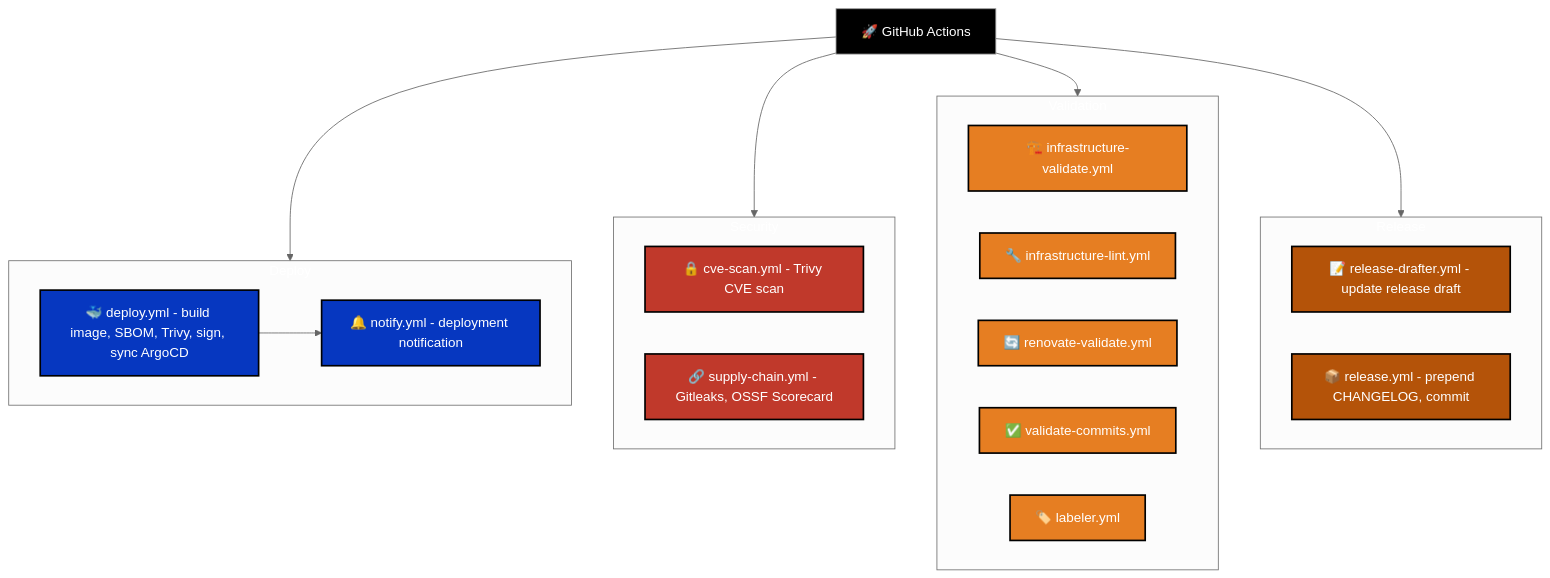
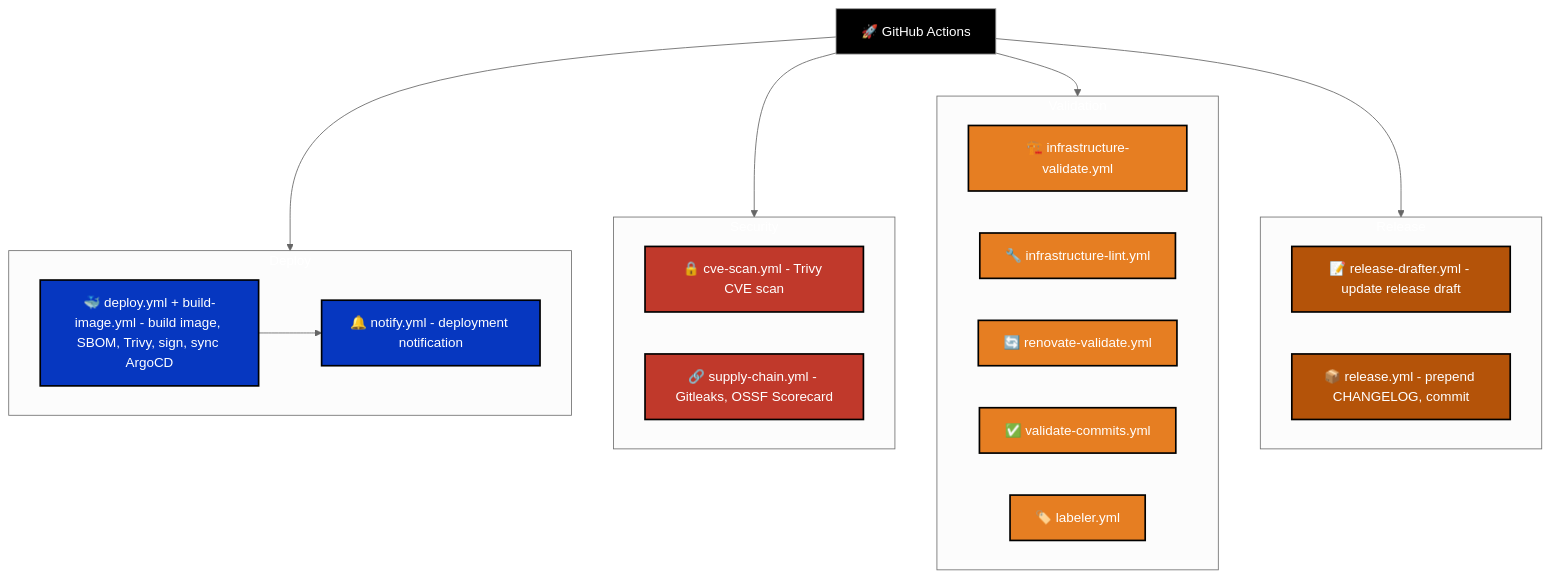
The diagram in docs/diagrams/graphs/tooling/workflows.mmd (developer-samuel/levelup-store), drawn with Mermaid (neutral theme) before and after one commit. The commit also changed 7 other files, not shown here.

```diff
--- a/docs/diagrams/graphs/tooling/workflows.mmd
+++ b/docs/diagrams/graphs/tooling/workflows.mmd
@@ -1,50 +1,50 @@
 graph TD
     %% Class Styles
     classDef root fill:#000, color:#fff;
     classDef deploy fill:#0637c0, color:#fff, stroke:#000, stroke-width:2px;
     classDef security fill:#c0392b, color:#fff, stroke:#000, stroke-width:2px;
     classDef validation fill:#e67e22, color:#fff, stroke:#000, stroke-width:2px;
     classDef release fill:#b45309, color:#fff, stroke:#000, stroke-width:2px;
 
     %% Root
     GHA[🚀 GitHub Actions]:::root
 
     %% ── Deploy ────────────────────────────────────────────────────────────────
 
     subgraph Deploy["Deploy"]
-        DeployYml[🐳 deploy.yml - build image, SBOM, Trivy, sign, sync ArgoCD]:::deploy
+        DeployYml[🐳 deploy.yml + build-image.yml - build image, SBOM, Trivy, sign, sync ArgoCD]:::deploy
         NotifyYml[🔔 notify.yml - deployment notification]:::deploy
     end
 
     %% ── Security ──────────────────────────────────────────────────────────────
 
     subgraph Security["Security"]
         CveScan[🔒 cve-scan.yml - Trivy CVE scan]:::security
         SupplyChain[🔗 supply-chain.yml - Gitleaks, OSSF Scorecard]:::security
     end
 
     %% ── Validation ────────────────────────────────────────────────────────────
 
     subgraph Validation["Validation"]
         InfraValidate[🏗️ infrastructure-validate.yml]:::validation
         InfraLint[🔧 infrastructure-lint.yml]:::validation
         RenovateValidate[🔄 renovate-validate.yml]:::validation
         ValidateCommits[✅ validate-commits.yml]:::validation
         Labeler[🏷️ labeler.yml]:::validation
     end
 
     %% ── Release ───────────────────────────────────────────────────────────────
 
     subgraph Release["Release"]
         ReleaseDrafter[📝 release-drafter.yml - update release draft]:::release
         ReleaseYml[📦 release.yml - prepend CHANGELOG, commit]:::release
     end
 
     %% Connections
     GHA --> Deploy
     GHA --> Security
     GHA --> Validation
     GHA --> Release
 
     %% Deploy flow
     DeployYml --> NotifyYml
```
